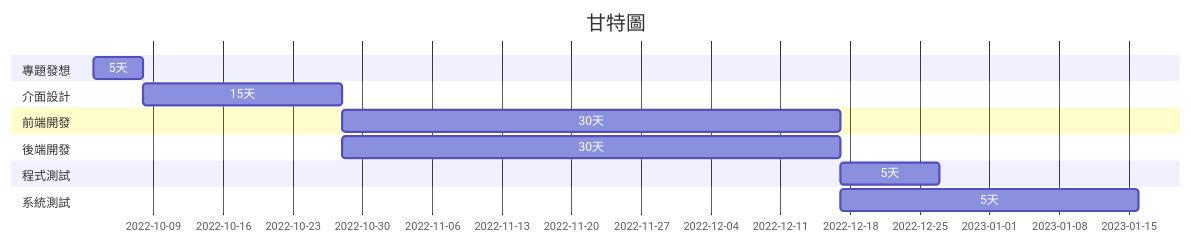
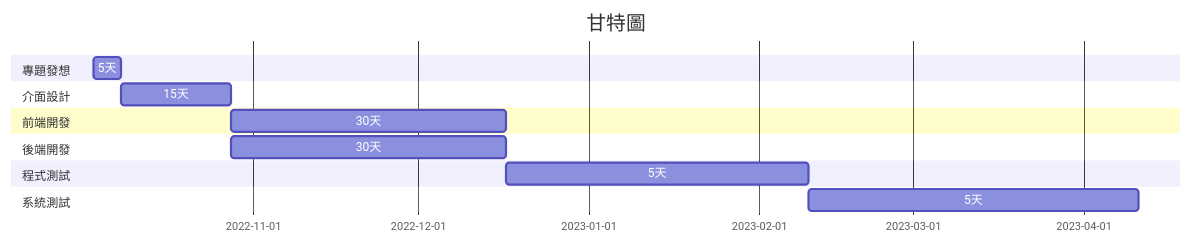
The diagram in README.md (noman248/Group), drawn with Mermaid before and after one commit.

````diff
--- a/README.md
+++ b/README.md
@@ -16,22 +16,22 @@
 ```mermaid
 gantt
     title 甘特圖
     section 專題發想
     5天:a1, 2022-10-03, 5d
     
     section 介面設計
     15天:a2,after a1  , 20d
     
     section 前端開發
     30天:a3,after a2  , 50d
     
     section 後端開發
     30天:a4,after a2  , 50d 
     
     section 程式測試
-    5天:a5,after a3  , 10d
+    5天:a5,after a4  , 55d
     
     section 系統測試
-    5天:a6,after a4  , 30d
+    5天:a6,after a5  , 60d
     
 ```
````
